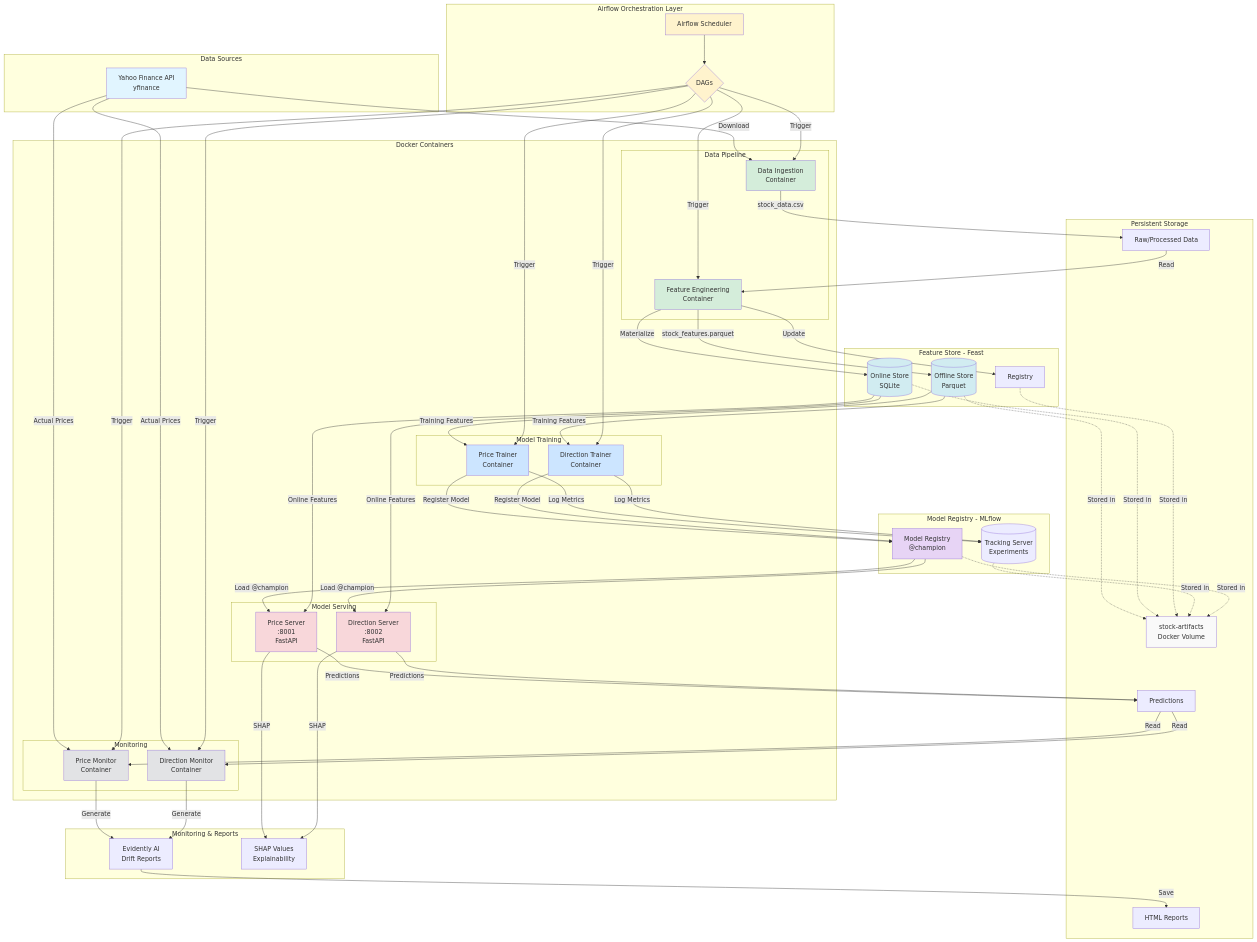
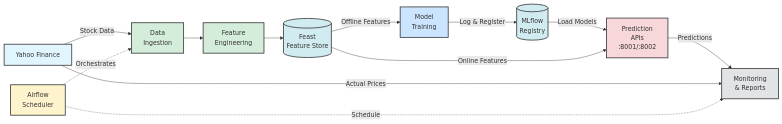
Before and after one commit to gunaxprofessional/End-to-End-stock-prediction--yfinance-: the diagram in README.md, drawn with Mermaid. The commit also changed other lines of this file, not shown here.

Commit message:
refactor: simplify and abstract the architecture diagram and pipeline flow in README.md for improved clarity.

````diff
--- a/README.md
+++ b/README.md
@@ -228,122 +228,56 @@
 ```mermaid
-graph TB
-    subgraph "Data Sources"
-        YF[Yahoo Finance API<br/>yfinance]
-    end
+graph LR
+    %% Data Sources
+    YF[Yahoo Finance]
     
-    subgraph "Airflow Orchestration Layer"
-        AF_SCHED[Airflow Scheduler]
-        AF_DAGS{DAGs}
-        AF_SCHED --> AF_DAGS
-    end
+    %% Orchestration
+    AIRFLOW[Airflow<br/>Scheduler]
     
-    subgraph "Docker Containers"
-        subgraph "Data Pipeline"
-            DI[Data Ingestion<br/>Container]
-            FE[Feature Engineering<br/>Container]
-        end
-        
-        subgraph "Model Training"
-            PT[Price Trainer<br/>Container]
-            DT[Direction Trainer<br/>Container]
-        end
-        
-        subgraph "Model Serving"
-            PS[Price Server<br/>:8001<br/>FastAPI]
-            DS[Direction Server<br/>:8002<br/>FastAPI]
-        end
-        
-        subgraph "Monitoring"
-            PM[Price Monitor<br/>Container]
-            DM[Direction Monitor<br/>Container]
-        end
-    end
+    %% Pipeline Stages
+    INGEST[Data<br/>Ingestion]
+    FEATURES[Feature<br/>Engineering]
+    FEAST[(Feast<br/>Feature Store)]
     
-    subgraph "Feature Store - Feast"
-        FS_OFF[(Offline Store<br/>Parquet)]
-        FS_ON[(Online Store<br/>SQLite)]
-        FS_REG[Registry]
-    end
+    %% Training
+    TRAIN[Model<br/>Training]
+    MLFLOW[(MLflow<br/>Registry)]
     
-    subgraph "Model Registry - MLflow"
-        ML_TRACK[(Tracking Server<br/>Experiments)]
-        ML_REG[Model Registry<br/>@champion]
-    end
+    %% Serving
+    API[Prediction<br/>APIs<br/>:8001/:8002]
     
-    subgraph "Persistent Storage"
-        VOL[stock-artifacts<br/>Docker Volume]
-        VOL_DATA[Raw/Processed Data]
-        VOL_PRED[Predictions]
-        VOL_REP[HTML Reports]
-    end
+    %% Monitoring
+    MONITOR[Monitoring<br/>& Reports]
     
-    subgraph "Monitoring & Reports"
-        EV[Evidently AI<br/>Drift Reports]
-        SHAP[SHAP Values<br/>Explainability]
-    end
+    %% Main Flow
+    YF -->|Stock Data| INGEST
+    AIRFLOW -.->|Orchestrates| INGEST
+    INGEST --> FEATURES
+    FEATURES --> FEAST
     
-    %% Data Flow
-    YF -->|Download| DI
-    DI -->|stock_data.csv| VOL_DATA
-    AF_DAGS -->|Trigger| DI
+    FEAST -->|Offline Features| TRAIN
+    TRAIN -->|Log & Register| MLFLOW
     
-    VOL_DATA -->|Read| FE
-    FE -->|stock_features.parquet| FS_OFF
-    FE -->|Materialize| FS_ON
-    FE -->|Update| FS_REG
-    AF_DAGS -->|Trigger| FE
+    MLFLOW -->|Load Models| API
+    FEAST -->|Online Features| API
     
-    FS_OFF -->|Training Features| PT
-    FS_OFF -->|Training Features| DT
-    AF_DAGS -->|Trigger| PT
-    AF_DAGS -->|Trigger| DT
+    API -->|Predictions| MONITOR
+    YF -->|Actual Prices| MONITOR
+    AIRFLOW -.->|Schedule| MONITOR
     
-    PT -->|Log Metrics| ML_TRACK
-    DT -->|Log Metrics| ML_TRACK
-    PT -->|Register Model| ML_REG
-    DT -->|Register Model| ML_REG
+    %% Styling
+    classDef source fill:#e1f5ff,stroke:#333,stroke-width:2px
+    classDef orchestration fill:#fff3cd,stroke:#333,stroke-width:2px
+    classDef pipeline fill:#d4edda,stroke:#333,stroke-width:2px
+    classDef storage fill:#d1ecf1,stroke:#333,stroke-width:2px
+    classDef model fill:#cce5ff,stroke:#333,stroke-width:2px
+    classDef serve fill:#f8d7da,stroke:#333,stroke-width:2px
+    classDef monitor fill:#e2e3e5,stroke:#333,stroke-width:2px
     
-    ML_REG -->|Load @champion| PS
-    ML_REG -->|Load @champion| DS
-    FS_ON -->|Online Features| PS
-    FS_ON -->|Online Features| DS
-    
-    PS -->|Predictions| VOL_PRED
-    DS -->|Predictions| VOL_PRED
-    PS -->|SHAP| SHAP
-    DS -->|SHAP| SHAP
-    
-    VOL_PRED -->|Read| PM
-    VOL_PRED -->|Read| DM
-    YF -->|Actual Prices| PM
-    YF -->|Actual Prices| DM
-    AF_DAGS -->|Trigger| PM
-    AF_DAGS -->|Trigger| DM
-    
-    PM -->|Generate| EV
-    DM -->|Generate| EV
-    EV -->|Save| VOL_REP
-    
-    %% Storage connections
-    FS_OFF -.->|Stored in| VOL
-    FS_ON -.->|Stored in| VOL
-    FS_REG -.->|Stored in| VOL
-    ML_TRACK -.->|Stored in| VOL
-    ML_REG -.->|Stored in| VOL
-    
-    style YF fill:#e1f5ff
-    style AF_SCHED fill:#fff3cd
-    style AF_DAGS fill:#fff3cd
-    style DI fill:#d4edda
-    style FE fill:#d4edda
-    style PT fill:#cce5ff
-    style DT fill:#cce5ff
-    style PS fill:#f8d7da
-    style DS fill:#f8d7da
-    style PM fill:#e2e3e5
-    style DM fill:#e2e3e5
-    style FS_OFF fill:#d1ecf1
-    style FS_ON fill:#d1ecf1
-    style ML_REG fill:#e7d4f5
-    style VOL fill:#f9f9f9
+    class YF source
+    class AIRFLOW orchestration
+    class INGEST,FEATURES pipeline
+    class FEAST,MLFLOW storage
+    class TRAIN model
+    class API serve
+    class MONITOR monitor
 ```
````
